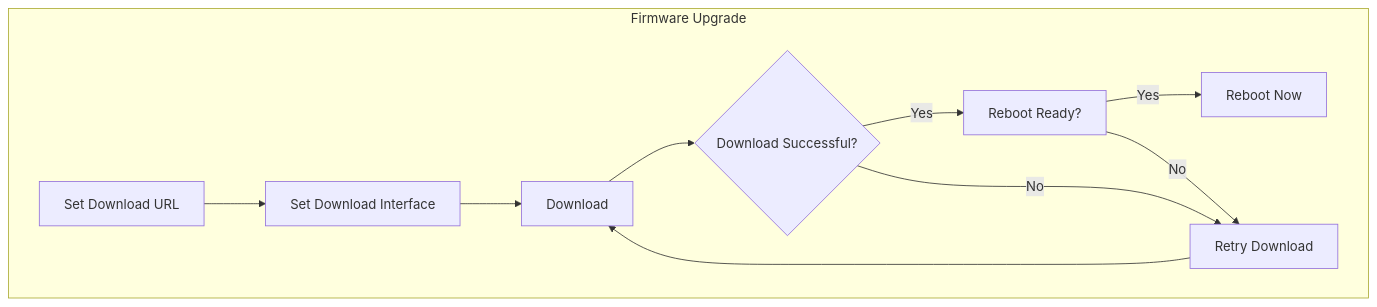
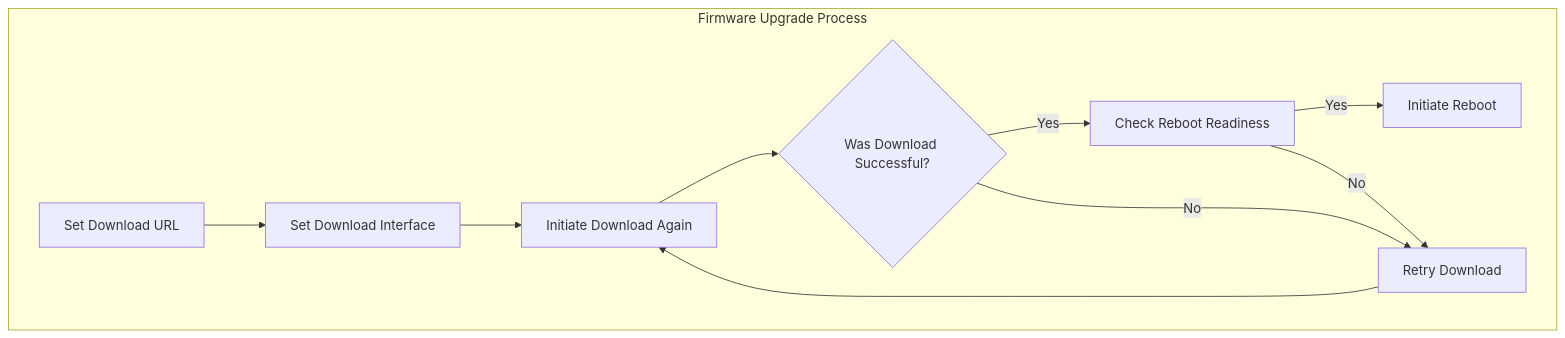
One commit to rdkcentral/rdkb-halif-fwupgrade changed the third of 6 diagrams in docs/pages/FirmwareManagementhalSpec.md. Above: the diagram before and after it, drawn with Mermaid. The commit also changed other lines of this file, not shown here.

````diff
--- a/docs/pages/FirmwareManagementhalSpec.md
+++ b/docs/pages/FirmwareManagementhalSpec.md
@@ -252,13 +252,13 @@
 ```mermaid
 graph TD
-    subgraph Firmware Upgrade
+    subgraph Firmware Upgrade Process
     A[Set Download URL] --> B[Set Download Interface]
-    B --> C[Download]
-    C --> D{Download Successful?}
-    D -->|Yes| E[Reboot Ready?]
+    B --> C[Initiate Download]
+    C --> D{Was Download Successful?}
+    D -->|Yes| E[Check Reboot Readiness]
     D -->|No| F[Retry Download]
-    E -->|Yes| G[Reboot Now]
+    E -->|Yes| G[Initiate Reboot]
     E -->|No| F[Retry Download]
-    F --> C[Download] 
+    F --> C[Initiate Download Again]
     end
 ```
````
